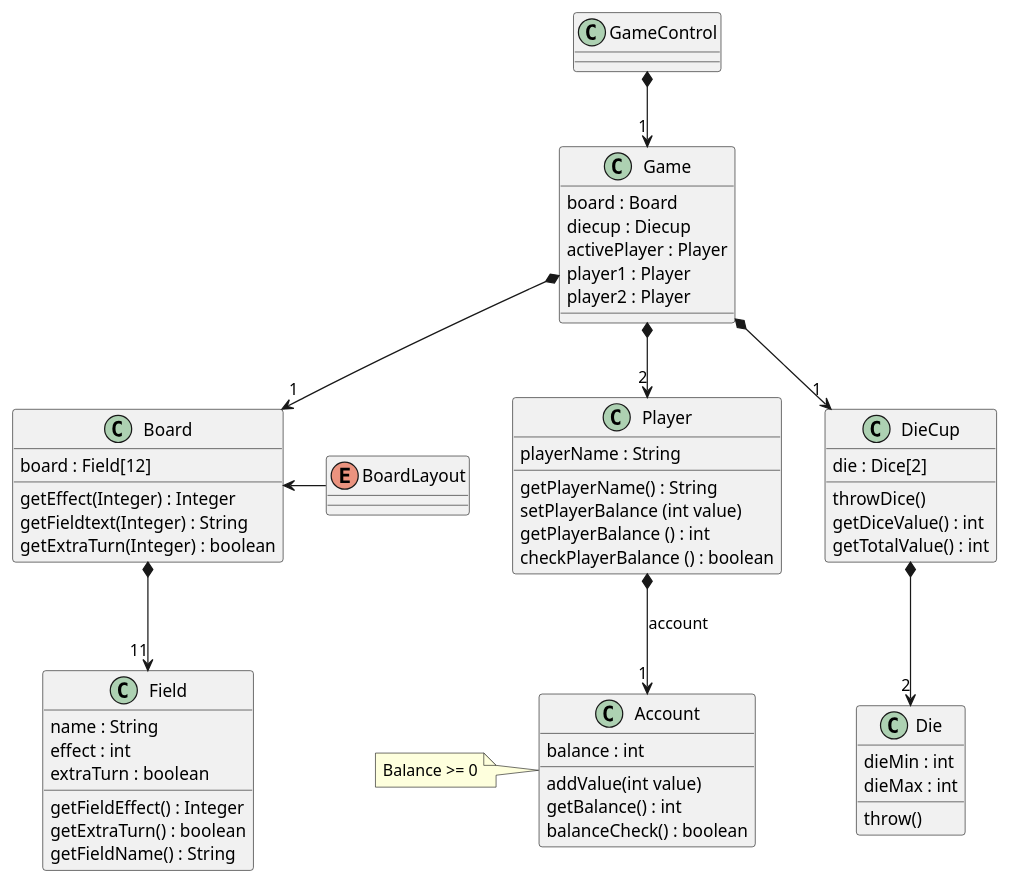
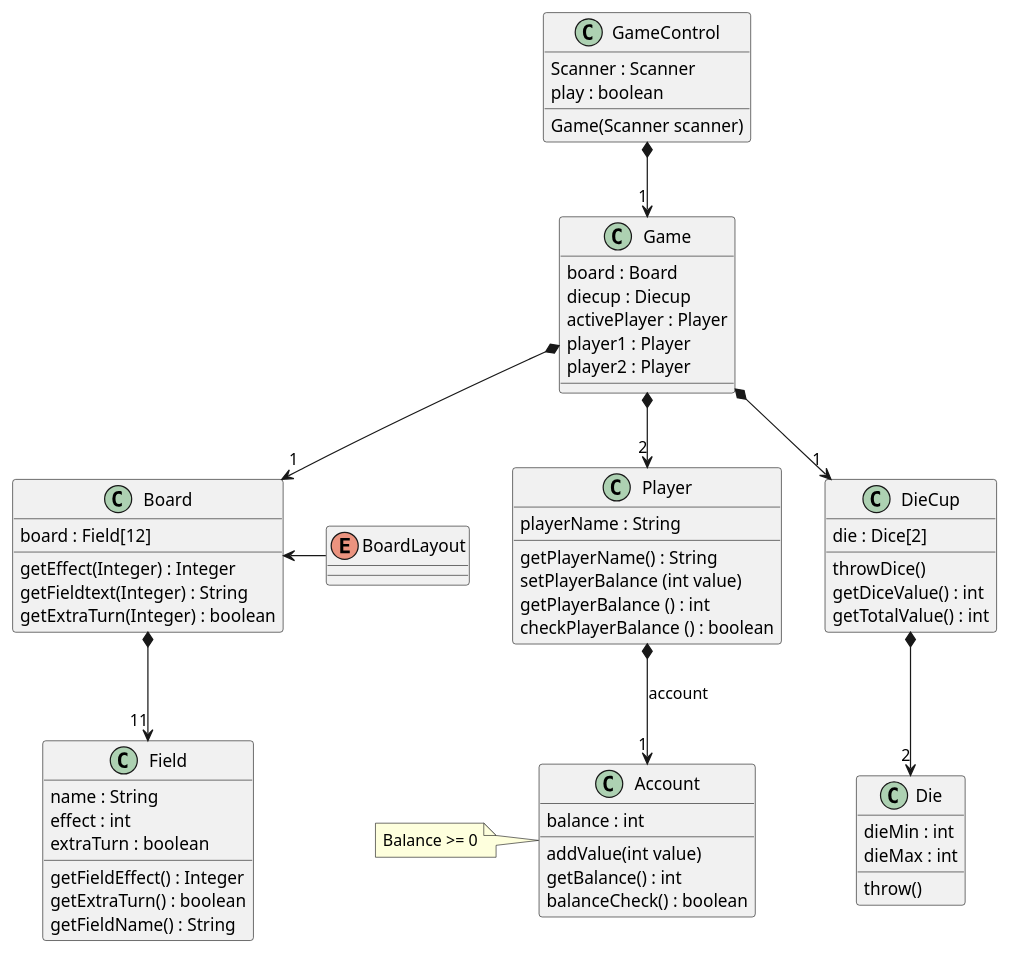
One commit to PhilipCramer/CDIO_del2 changed the diagram in src/main/resources/DesignClassDiagram.puml. Above: the diagram before and after it, drawn with PlantUML.

Commit message:
added some things to class diagram

```diff
--- a/src/main/resources/DesignClassDiagram.puml
+++ b/src/main/resources/DesignClassDiagram.puml
@@ -1,81 +1,83 @@
 @startuml ClassDiagram
 
 class "GameControl" as GameControl {
-    
+    Scanner : Scanner
+    play : boolean
 
+    Game(Scanner scanner)
 }
 
 class "Player" as Player {
     playerName : String
 
     getPlayerName() : String
     setPlayerBalance (int value)
     getPlayerBalance () : int
     checkPlayerBalance () : boolean
 
 }
 
 class "Account" as Account {
     balance : int
 
     addValue(int value)
     getBalance() : int
     balanceCheck() : boolean
 }
 note left
     Balance >= 0
     end note
 
 class "DieCup" as Diecup {
     die : Dice[2]
     
     throwDice()
     getDiceValue() : int
     getTotalValue() : int
 }
 
 class "Die" as Dice {
     dieMin : int
     dieMax : int
 
     throw()
 }
 
 class "Board" as Board {
     board : Field[12]
 
     getEffect(Integer) : Integer
     getFieldtext(Integer) : String
     getExtraTurn(Integer) : boolean
 }
 enum BoardLayout{
 }
 
 class "Field" as Field {
     name : String
     effect : int
     extraTurn : boolean
 
     getFieldEffect() : Integer
     getExtraTurn() : boolean
     getFieldName() : String
 }
 
 class "Game" as Game{
     board : Board
     diecup : Diecup
     activePlayer : Player
     player1 : Player
     player2 : Player
 }
 
 
 Player *--> "1" Account : account
 GameControl *--> "1" Game
 Game *--> "2" Player 
 Game *--> "1" Board
 Board <-r- BoardLayout
 Board  *--> "11" Field
 Game  *--> "1" Diecup
 Diecup *--> "2" Dice
 @enduml
```
